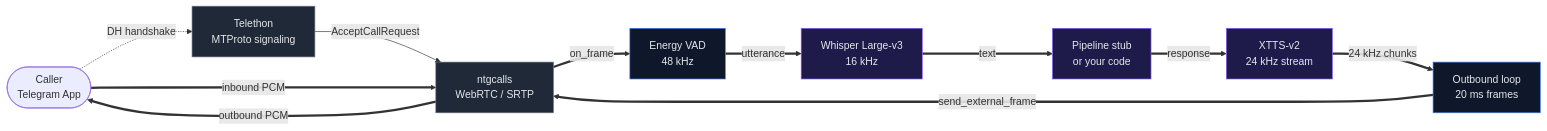
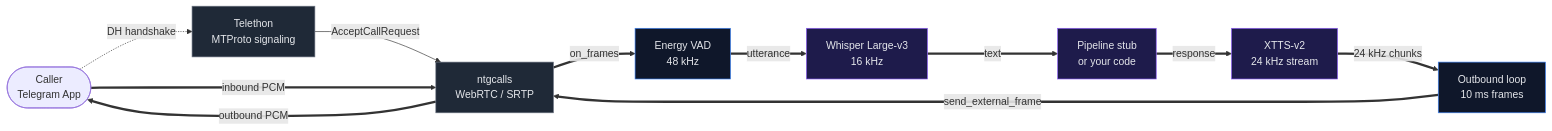
One commit to TxPKev/novamind-telegram-voice changed the diagram in README.md. Above: the diagram before and after it, drawn with Mermaid. The commit also changed other lines of this file, not shown here.

First line of the commit message:
DOC: README — frame timing 20ms -> 10ms

````diff
--- a/README.md
+++ b/README.md
@@ -25,29 +25,29 @@
 ```mermaid
 flowchart LR
     Caller([Caller<br/>Telegram App])
     Tele[Telethon<br/>MTProto signaling]
     NTG[ntgcalls<br/>WebRTC / SRTP]
     VAD[Energy VAD<br/>48 kHz]
     STT[Whisper Large-v3<br/>16 kHz]
     PIPE[Pipeline stub<br/>or your code]
     TTS[XTTS-v2<br/>24 kHz stream]
-    OUT[Outbound loop<br/>20 ms frames]
+    OUT[Outbound loop<br/>10 ms frames]
 
     Caller -.->|DH handshake| Tele
     Tele -->|AcceptCallRequest| NTG
     Caller ==>|inbound PCM| NTG
-    NTG ==>|on_frame| VAD
+    NTG ==>|on_frames| VAD
     VAD ==>|utterance| STT
     STT ==>|text| PIPE
     PIPE ==>|response| TTS
     TTS ==>|24 kHz chunks| OUT
     OUT ==>|send_external_frame| NTG
     NTG ==>|outbound PCM| Caller
 
     classDef signal fill:#1f2937,stroke:#6b7280,color:#e5e7eb
     classDef audio fill:#0f172a,stroke:#3b82f6,color:#e5e7eb
     classDef ml fill:#1e1b4b,stroke:#8b5cf6,color:#e5e7eb
     class Tele,NTG signal
     class VAD,OUT audio
     class STT,TTS,PIPE ml
 ```
````
